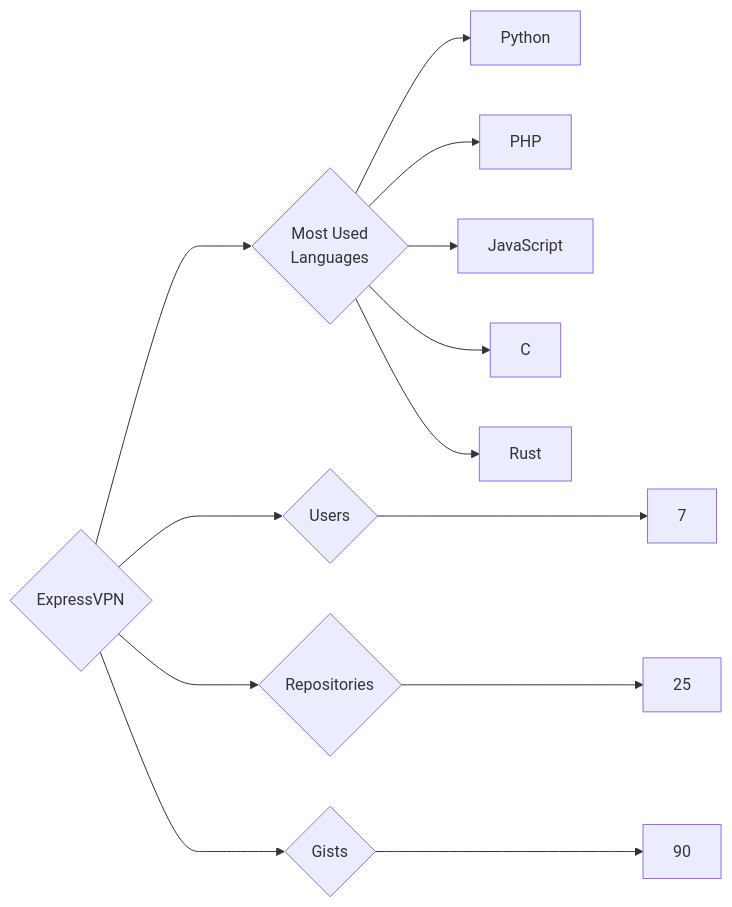
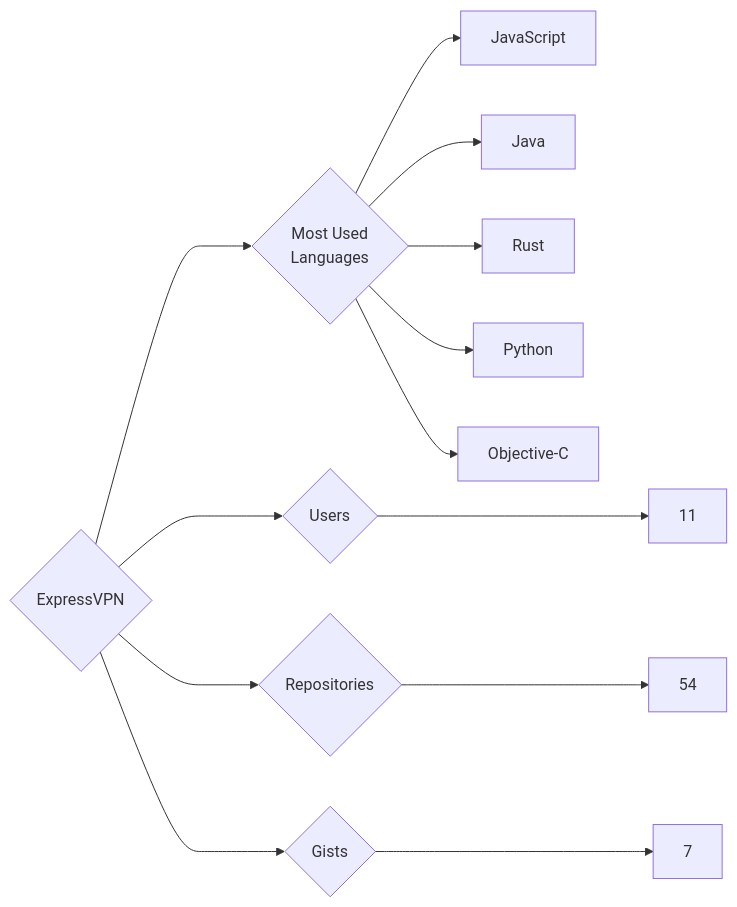
Before and after one commit to trickest/insiders: the diagram in targets/ExpressVPN/README.md, drawn with Mermaid. The commit also changed 916 other files, not shown here.

````diff
--- a/targets/ExpressVPN/README.md
+++ b/targets/ExpressVPN/README.md
@@ -3,13 +3,13 @@
 ```mermaid
 graph LR
 COMPANY_NAME{ExpressVPN}
-COMPANY_NAME ---> U{Users} ---> UN[7]
-COMPANY_NAME ---> R{Repositories} ---> RN[25]
-COMPANY_NAME ---> G{Gists} ---> GN[90]
+COMPANY_NAME ---> U{Users} ---> UN[11]
+COMPANY_NAME ---> R{Repositories} ---> RN[54]
+COMPANY_NAME ---> G{Gists} ---> GN[7]
 COMPANY_NAME ---> ML{Most Used<br>Languages}
+ML --> JavaScript[JavaScript]
+ML --> Java[Java]
+ML --> Rust[Rust]
 ML --> Python[Python]
-ML --> PHP[PHP]
-ML --> JavaScript[JavaScript]
-ML --> C[C]
-ML --> Rust[Rust]
+ML --> Objective-C[Objective-C]
 ```
````
